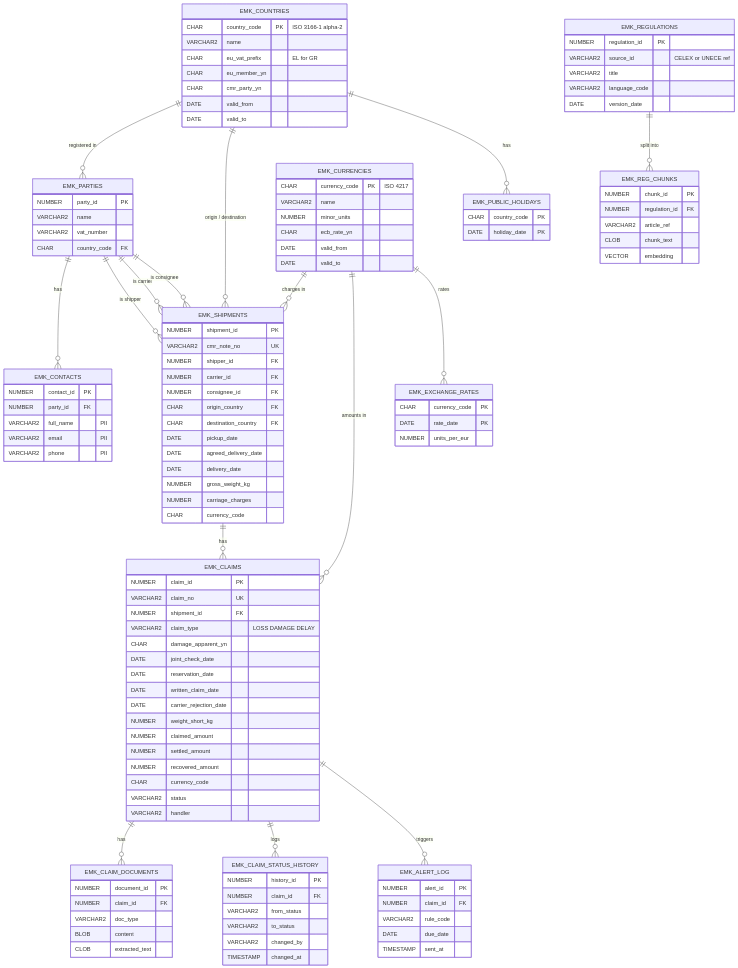
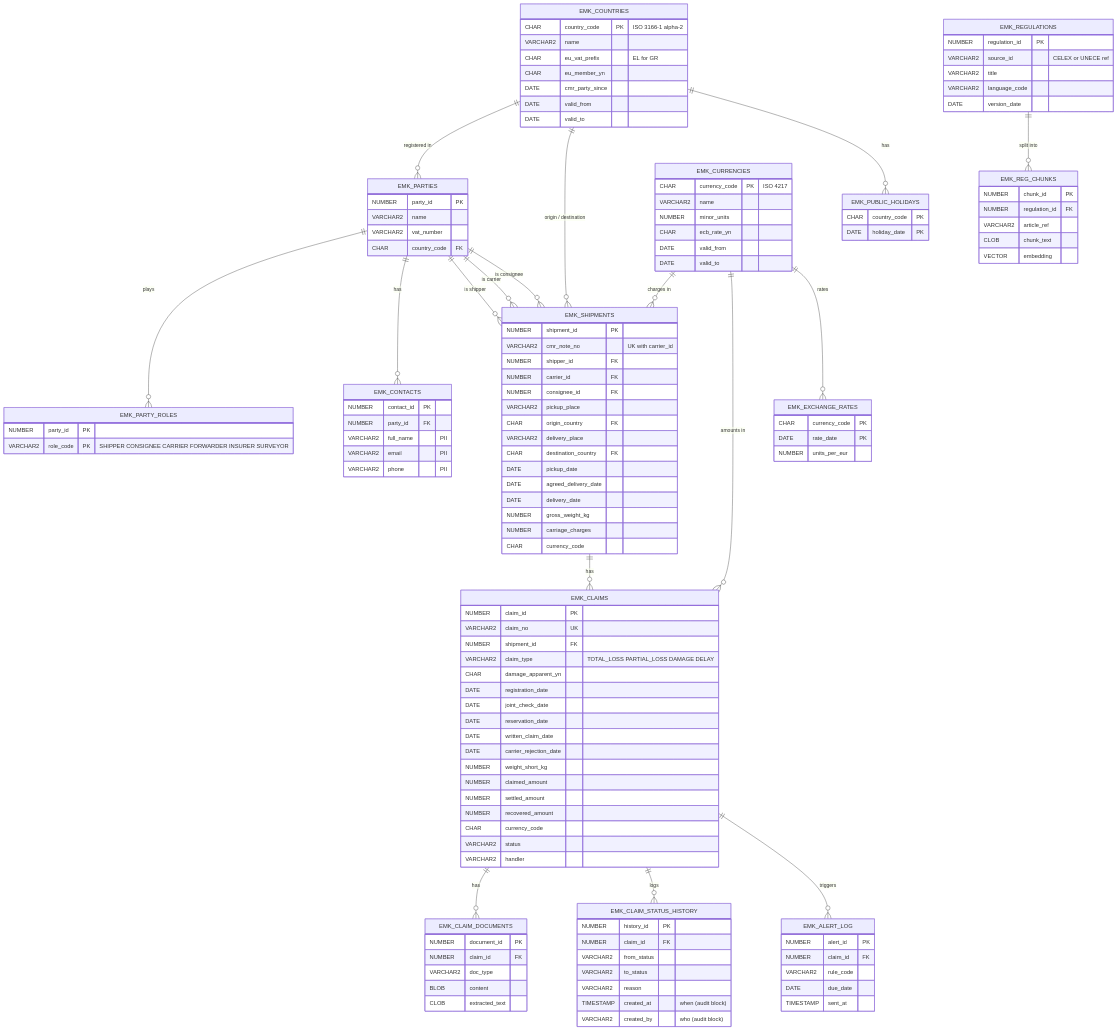
One commit to nmuller000/euromarket-claims-manager changed the second of 6 diagrams in docs/spec.md. Above: the diagram before and after it, drawn with Mermaid. The commit also changed other lines of this file and 6 other files, not shown here.

````diff
--- a/docs/spec.md
+++ b/docs/spec.md
@@ -203,5 +204,6 @@
 ```mermaid
 erDiagram
+    EMK_PARTIES ||--o{ EMK_PARTY_ROLES : "plays"
     EMK_PARTIES ||--o{ EMK_CONTACTS : "has"
     EMK_PARTIES ||--o{ EMK_SHIPMENTS : "is shipper"
     EMK_PARTIES ||--o{ EMK_SHIPMENTS : "is carrier"
@@ -224,6 +226,10 @@
         VARCHAR2 vat_number
         CHAR country_code FK
     }
+    EMK_PARTY_ROLES {
+        NUMBER party_id PK
+        VARCHAR2 role_code PK "SHIPPER CONSIGNEE CARRIER FORWARDER INSURER SURVEYOR"
+    }
     EMK_CONTACTS {
         NUMBER contact_id PK
         NUMBER party_id FK
@@ -236,7 +242,7 @@
         VARCHAR2 name
         CHAR eu_vat_prefix "EL for GR"
         CHAR eu_member_yn
-        CHAR cmr_party_yn
+        DATE cmr_party_since
         DATE valid_from
         DATE valid_to
     }
@@ -259,11 +265,13 @@
     }
     EMK_SHIPMENTS {
         NUMBER shipment_id PK
-        VARCHAR2 cmr_note_no UK
+        VARCHAR2 cmr_note_no "UK with carrier_id"
         NUMBER shipper_id FK
         NUMBER carrier_id FK
         NUMBER consignee_id FK
+        VARCHAR2 pickup_place
         CHAR origin_country FK
+        VARCHAR2 delivery_place
         CHAR destination_country FK
         DATE pickup_date
         DATE agreed_delivery_date
@@ -276,8 +284,9 @@
         NUMBER claim_id PK
         VARCHAR2 claim_no UK
         NUMBER shipment_id FK
-        VARCHAR2 claim_type "LOSS DAMAGE DELAY"
+        VARCHAR2 claim_type "TOTAL_LOSS PARTIAL_LOSS DAMAGE DELAY"
         CHAR damage_apparent_yn
+        DATE registration_date
         DATE joint_check_date
         DATE reservation_date
         DATE written_claim_date
@@ -302,8 +311,9 @@
         NUMBER claim_id FK
         VARCHAR2 from_status
         VARCHAR2 to_status
-        VARCHAR2 changed_by
-        TIMESTAMP changed_at
+        VARCHAR2 reason
+        TIMESTAMP created_at "when (audit block)"
+        VARCHAR2 created_by "who (audit block)"
     }
     EMK_ALERT_LOG {
         NUMBER alert_id PK
````
